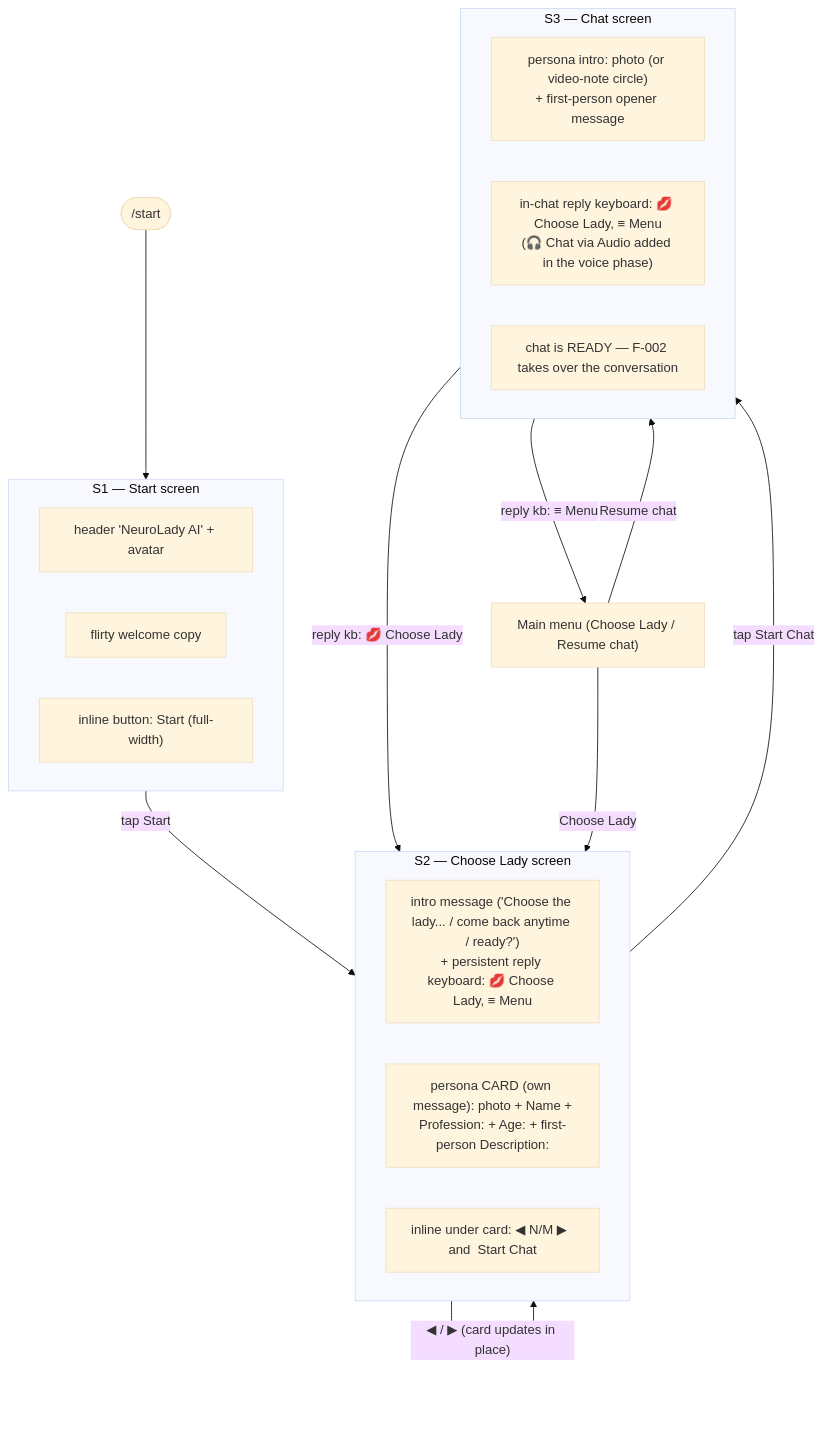
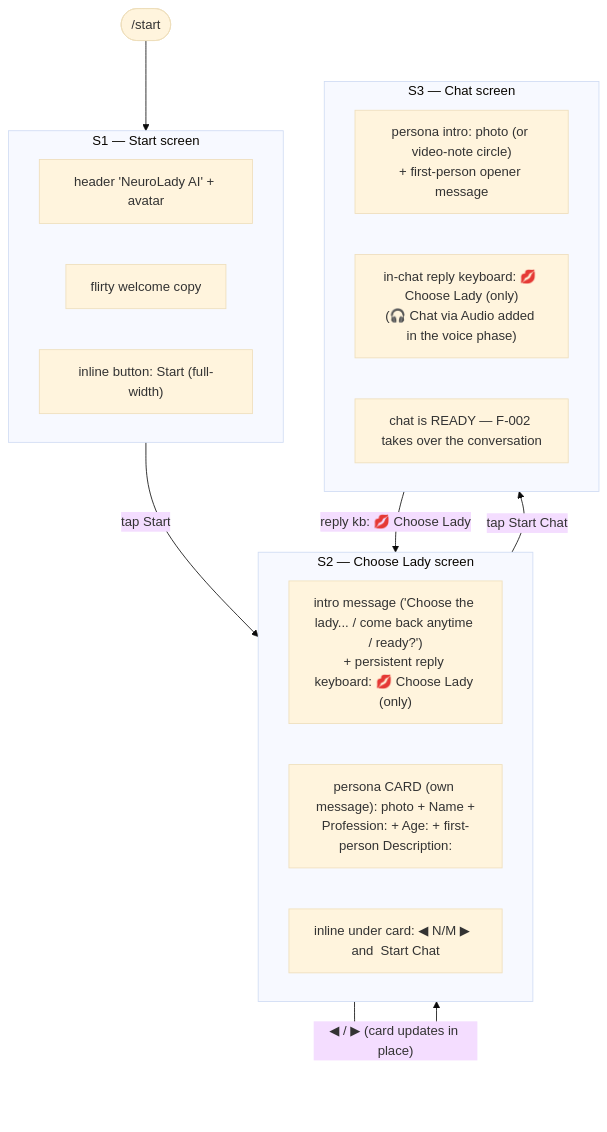
One commit to b3ly4ck/NeuroLady_Persona_Engine changed the second of 8 diagrams in developer files/architecture.md. Above: the diagram before and after it, drawn with Mermaid (base theme). The commit also changed other lines of this file and 10 other files, not shown here.

````diff
--- a/developer files/architecture.md
+++ b/developer files/architecture.md
@@ -132,30 +133,27 @@
 ```mermaid
 flowchart TD
     START([/start]) --> S1
 
     subgraph S1["S1 — Start screen"]
         S1a["header 'NeuroLady AI' + avatar"]
         S1b["flirty welcome copy"]
         S1c["inline button: Start (full-width)"]
     end
 
     subgraph S2["S2 — Choose Lady screen"]
-        S2a["intro message ('Choose the lady... / come back anytime / ready?')<br/>+ persistent reply keyboard: 💋 Choose Lady, ≡ Menu"]
+        S2a["intro message ('Choose the lady... / come back anytime / ready?')<br/>+ persistent reply keyboard: 💋 Choose Lady (only)"]
         S2b["persona CARD (own message): photo + Name +<br/>Profession: + Age: + first-person Description:"]
         S2c["inline under card: ◀ N/M ▶  and  Start Chat"]
     end
 
     subgraph S3["S3 — Chat screen"]
         S3a["persona intro: photo (or video-note circle)<br/>+ first-person opener message"]
-        S3b["in-chat reply keyboard: 💋 Choose Lady, ≡ Menu<br/>(🎧 Chat via Audio added in the voice phase)"]
+        S3b["in-chat reply keyboard: 💋 Choose Lady (only)<br/>(🎧 Chat via Audio added in the voice phase)"]
         S3c["chat is READY — F-002 takes over the conversation"]
     end
 
     S1 -->|"tap Start"| S2
     S2 -->|"◀ / ▶ (card updates in place)"| S2
     S2 -->|"tap Start Chat"| S3
     S3 -->|"reply kb: 💋 Choose Lady"| S2
-    S3 -->|"reply kb: ≡ Menu"| MENU["Main menu (Choose Lady / Resume chat)"]
-    MENU -->|"Choose Lady"| S2
-    MENU -->|"Resume chat"| S3
 ```
````
